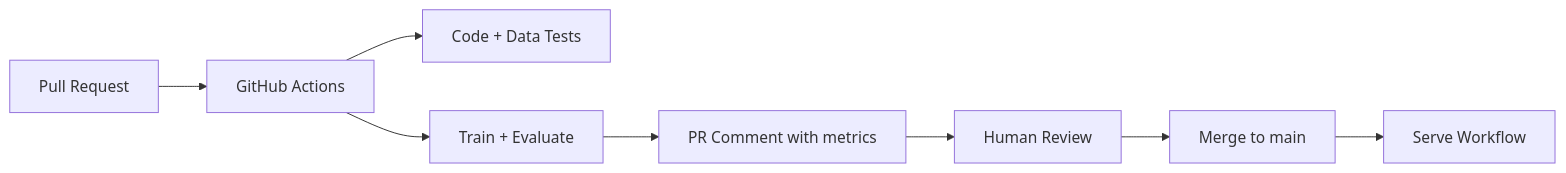
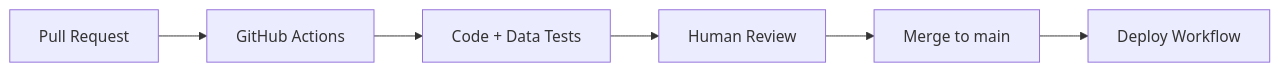
The diagram in docs/course/week-06-testing-cicd.md (RohitJishtu/Made-With-ML), drawn with Mermaid before and after one commit. The commit also changed other lines of this file and 78 other files, not shown here.

````diff
--- a/docs/course/week-06-testing-cicd.md
+++ b/docs/course/week-06-testing-cicd.md
@@ -44,10 +43,8 @@
 ```mermaid
 flowchart LR
     PR[Pull Request] --> CI[GitHub Actions]
     CI --> Tests[Code + Data Tests]
-    CI --> Train[Train + Evaluate]
-    Train --> Comment[PR Comment with metrics]
-    Comment --> Review[Human Review]
+    Tests --> Review[Human Review]
     Review --> Merge[Merge to main]
-    Merge --> Deploy[Serve Workflow]
+    Merge --> Deploy[Deploy Workflow]
 ```
````
